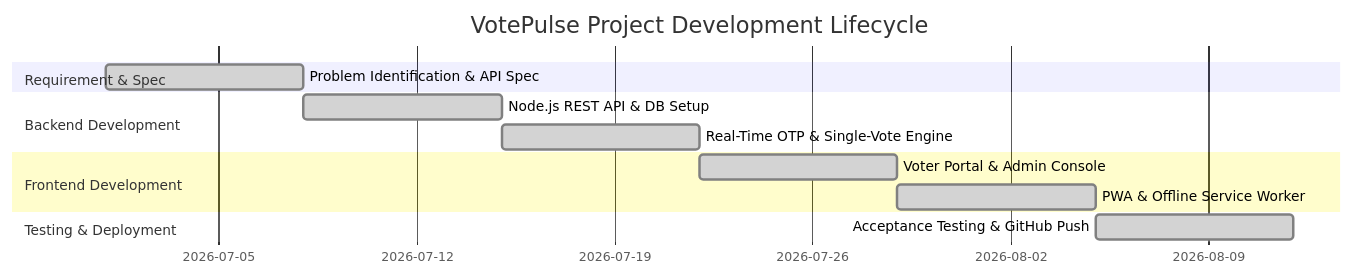
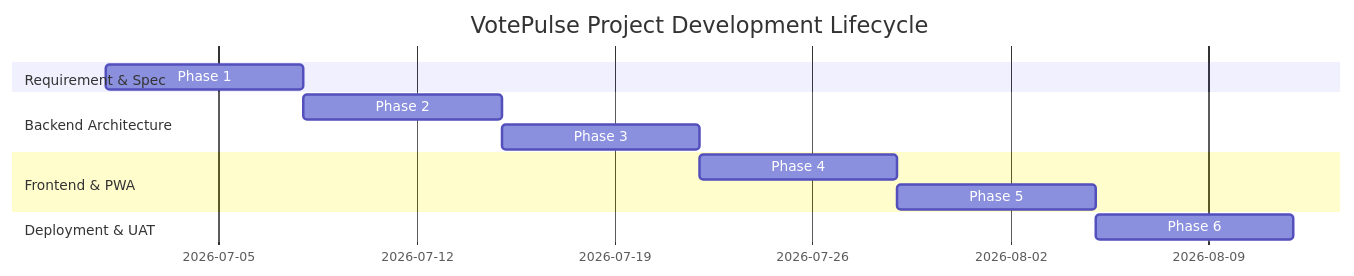
Before and after one commit to tapicollege7-afk/Voting-management-system: the diagram in VotePulse_Project_Report.md, drawn with Mermaid. The commit also changed other lines of this file and 2 other files, not shown here.

````diff
--- a/VotePulse_Project_Report.md
+++ b/VotePulse_Project_Report.md
@@ -88,15 +243,15 @@
 ```mermaid
 gantt
     title VotePulse Project Development Lifecycle
     dateFormat  YYYY-MM-DD
     section Requirement & Spec
-    Problem Identification & API Spec       :done, 2026-07-01, 7d
-    section Backend Development
-    Node.js REST API & DB Setup             :done, 2026-07-08, 7d
-    Real-Time OTP & Single-Vote Engine     :done, 2026-07-15, 7d
-    section Frontend Development
-    Voter Portal & Admin Console            :done, 2026-07-22, 7d
-    PWA & Offline Service Worker            :done, 2026-07-29, 7d
-    section Testing & Deployment
-    Acceptance Testing & GitHub Push        :done, 2026-08-05, 7d
+    Phase 1: Security & Spec           :done, 2026-07-01, 7d
+    section Backend Architecture
+    Phase 2: REST API & DB Infrastructure  :done, 2026-07-08, 7d
+    Phase 3: Real-Time OTP & Voting Engine:done, 2026-07-15, 7d
+    section Frontend & PWA
+    Phase 4: Frontend UI/UX & Theme Engine:done, 2026-07-22, 7d
+    Phase 5: PWA & Service Worker v6.0   :done, 2026-07-29, 7d
+    section Deployment & UAT
+    Phase 6: UAT Testing & Deployment    :done, 2026-08-05, 7d
 ```
````
